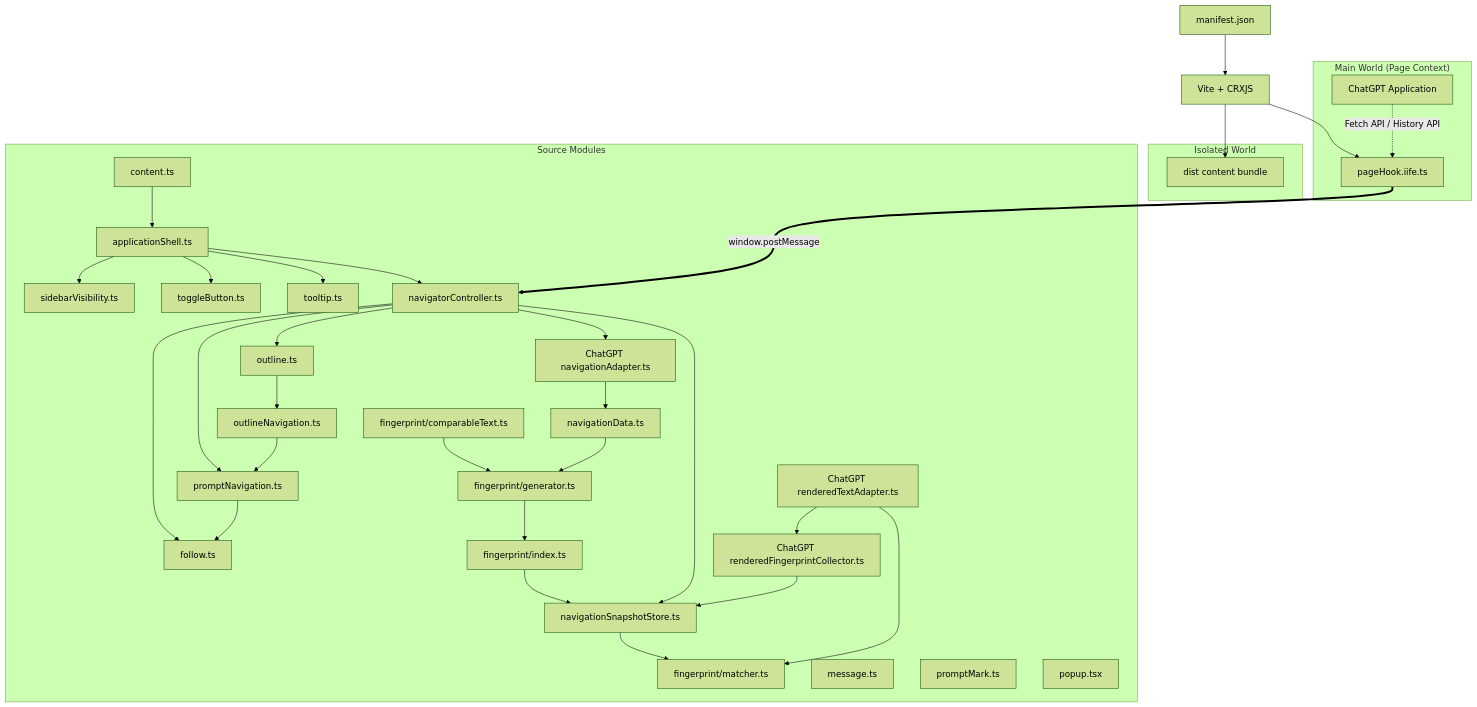
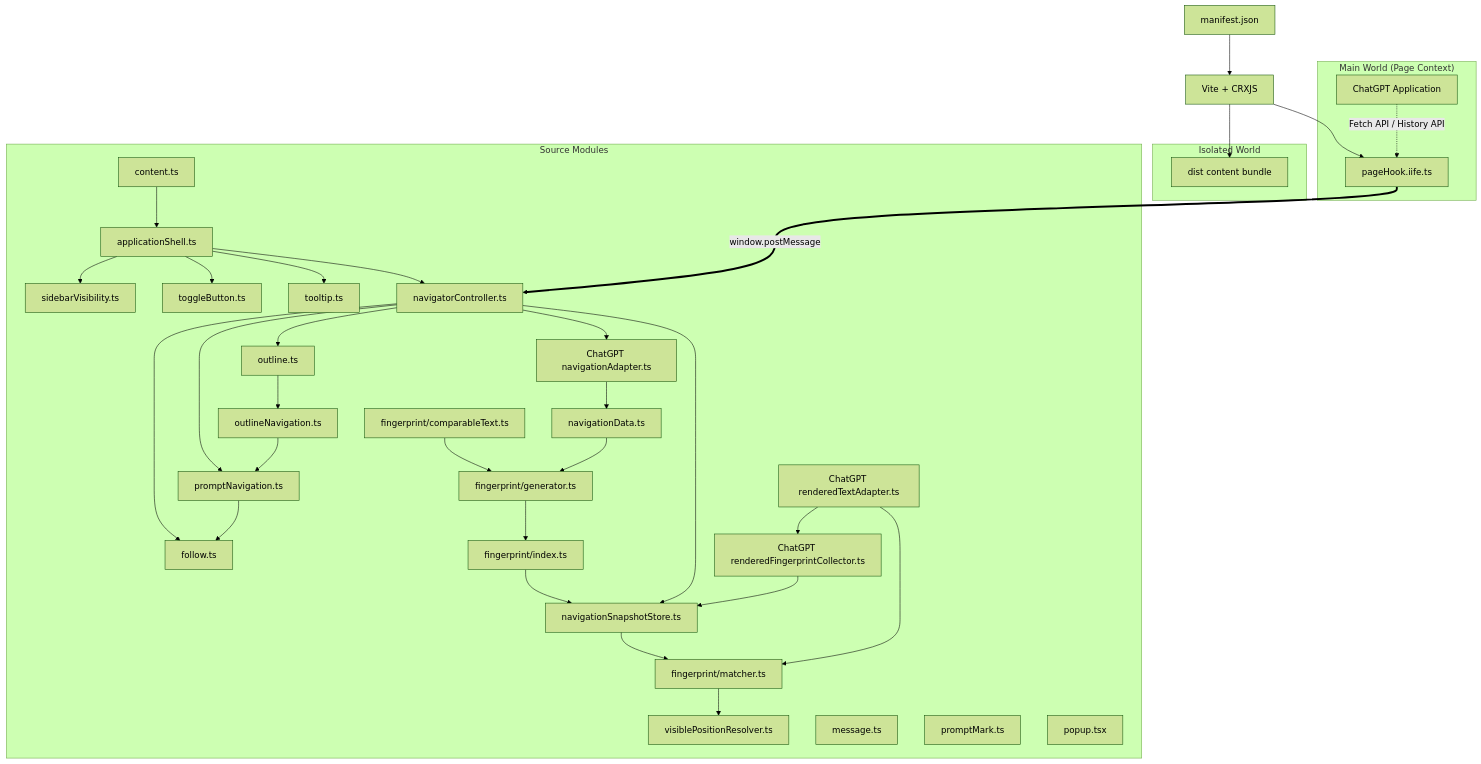
The diagram in docs/ARCHITECTURE.md (Leo7805/luna-toc), drawn with Mermaid (forest theme) before and after one commit. The commit also changed other lines of this file and 4 other files, not shown here.

````diff
--- a/docs/ARCHITECTURE.md
+++ b/docs/ARCHITECTURE.md
@@ -15,67 +15,69 @@
 ```mermaid
 graph TD
     manifest[manifest.json]
     vite[Vite + CRXJS]
 
     subgraph sourceModules["Source Modules"]
         content[content.ts]
         outline[outline.ts]
         outlineNavigation[outlineNavigation.ts]
         follow[follow.ts]
         promptNavigation[promptNavigation.ts]
         navigationData[navigationData.ts]
         comparableText[fingerprint/comparableText.ts]
         fingerprint[fingerprint/generator.ts]
         fingerprintIndex[fingerprint/index.ts]
         fingerprintMatcher[fingerprint/matcher.ts]
+        visiblePosition[visiblePositionResolver.ts]
         snapshotStore[navigationSnapshotStore.ts]
         chatGptAdapter[ChatGPT navigationAdapter.ts]
         chatGptRenderedText[ChatGPT renderedTextAdapter.ts]
         chatGptFingerprintCollector[ChatGPT renderedFingerprintCollector.ts]
         msg[message.ts]
         mark[promptMark.ts]
         vis[sidebarVisibility.ts]
         btn[toggleButton.ts]
         tip[tooltip.ts]
         navigator[navigatorController.ts]
         shell[applicationShell.ts]
         popup[popup.tsx]
     end
 
     subgraph isolatedWorld["Isolated World"]
         contentBundle[dist content bundle]
     end
 
     subgraph mainWorld["Main World (Page Context)"]
         hook[pageHook.iife.ts]
         chatgpt[ChatGPT Application]
     end
 
     manifest --> vite
     content --> shell
     shell --> navigator
     shell --> vis
     shell --> btn
     shell --> tip
     navigator --> outline
     navigator --> promptNavigation
     chatGptAdapter --> navigationData
     comparableText --> fingerprint
     navigationData --> fingerprint
     fingerprint --> fingerprintIndex
     fingerprintIndex --> snapshotStore
     snapshotStore --> fingerprintMatcher
+    fingerprintMatcher --> visiblePosition
     navigator --> snapshotStore
     navigator --> chatGptAdapter
     chatGptRenderedText --> fingerprintMatcher
     chatGptRenderedText --> chatGptFingerprintCollector
     chatGptFingerprintCollector --> snapshotStore
     navigator --> follow
     outline --> outlineNavigation
     outlineNavigation --> promptNavigation
     promptNavigation --> follow
     vite --> contentBundle
     vite --> hook
     hook ===>|window.postMessage| navigator
     chatgpt -.->|Fetch API / History API| hook
 ```
````
